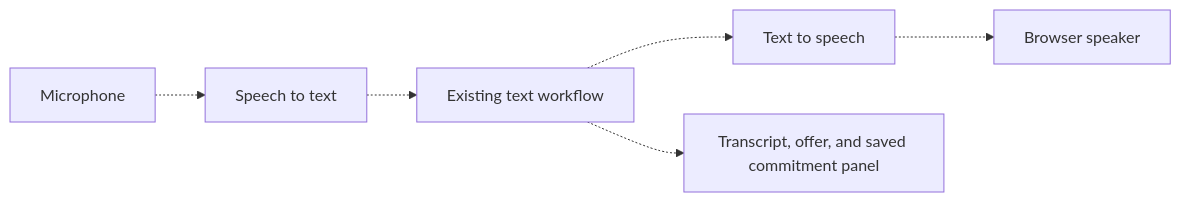
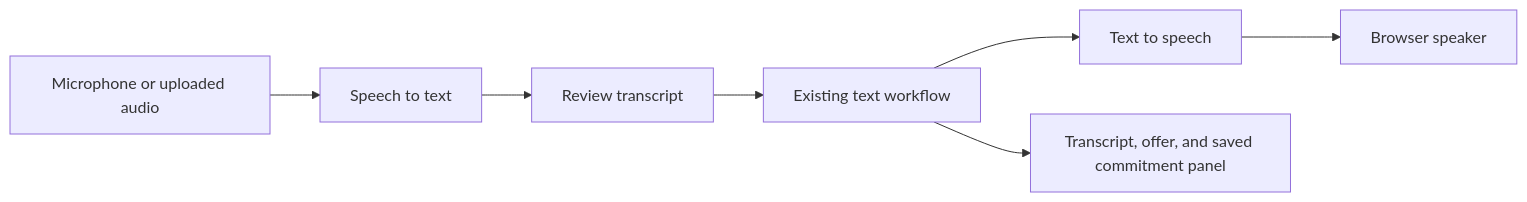
One commit to sergiomorapardo/AgenticDebtCollection changed the second of 2 diagrams in docs/ROADMAP.md. Above: the diagram before and after it, drawn with Mermaid. The commit also changed other lines of this file and 4 other files, not shown here.

````diff
--- a/docs/ROADMAP.md
+++ b/docs/ROADMAP.md
@@ -29,8 +30,8 @@
 ```mermaid
 flowchart LR
-    M[Microphone] -.-> S[Speech to text]
-    S -.-> G[Existing text workflow]
-    G -.-> T[Text to speech]
-    T -.-> B[Browser speaker]
-    G -.-> P[Transcript, offer, and saved commitment panel]
+    M[Microphone or uploaded audio] --> S[Speech to text]
+    S --> R[Review transcript] --> G[Existing text workflow]
+    G --> T[Text to speech]
+    T --> B[Browser speaker]
+    G --> P[Transcript, offer, and saved commitment panel]
 ```
````
